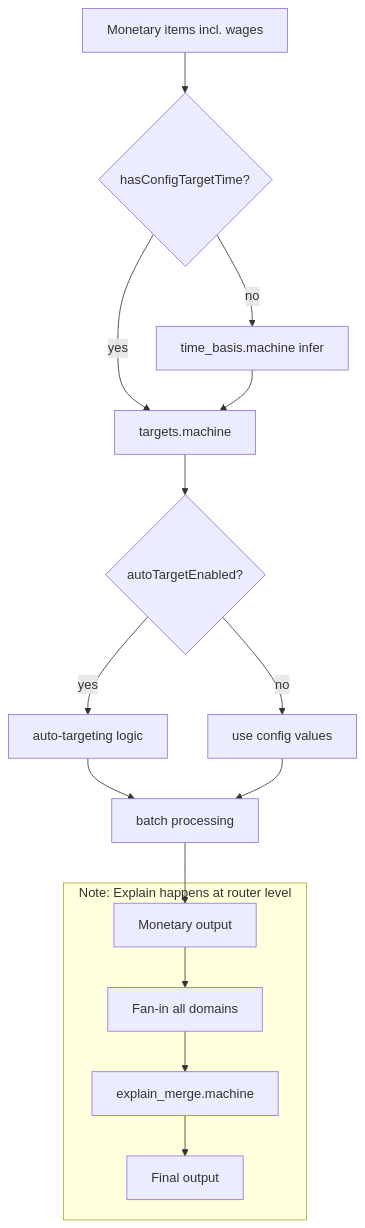
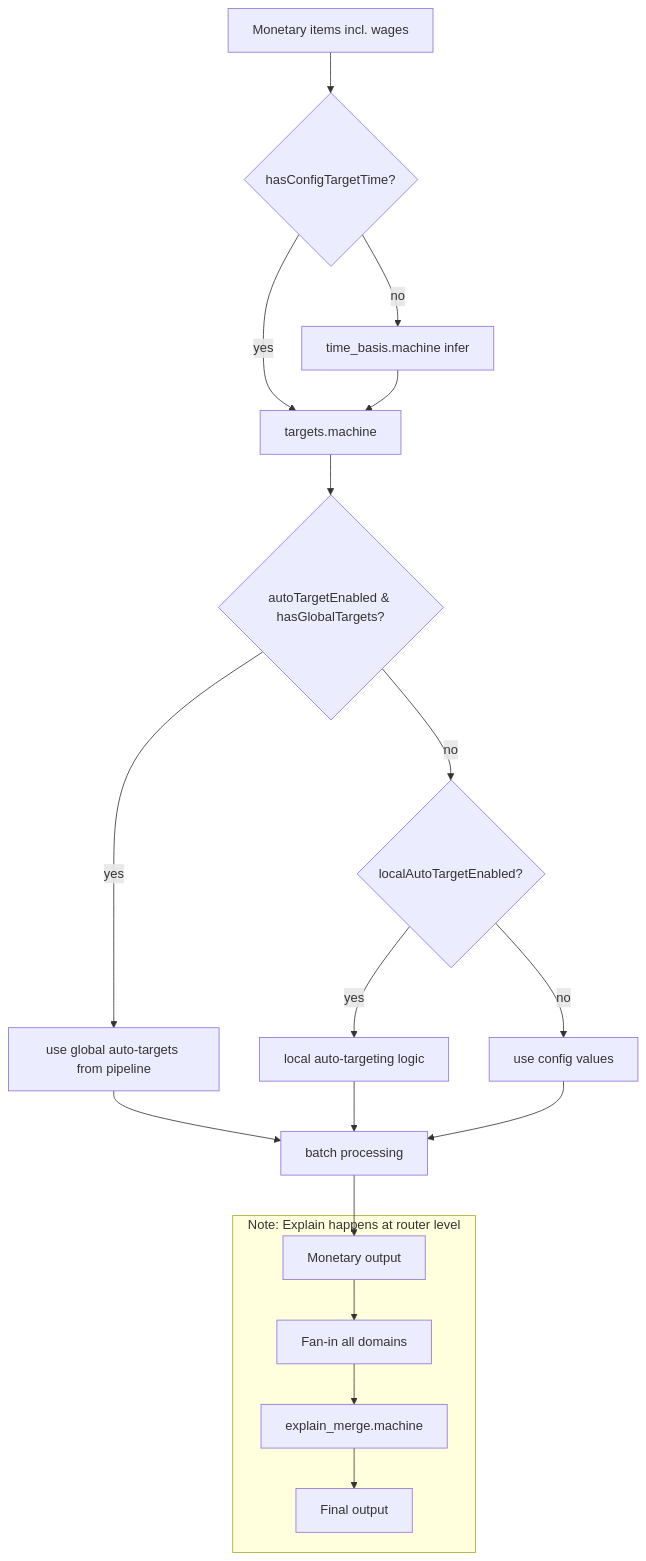
One commit to Tellimer/open-source changed the third of 4 diagrams in packages/econify/src/workflowsV2/README.md. Above: the diagram before and after it, drawn with Mermaid. The commit also changed other lines of this file and 15 other files, not shown here.

First line of the commit message:
feat: implement V2 auto-targeting system - v1.0.1 release

````diff
--- a/packages/econify/src/workflowsV2/README.md
+++ b/packages/econify/src/workflowsV2/README.md
@@ -221,19 +227,22 @@
 ```mermaid
 graph TD
 IN[Monetary items incl. wages] --> TB{hasConfigTargetTime?}
 TB -->|yes| TGT[targets.machine]
 TB -->|no| TBI[time_basis.machine infer]
 TBI --> TGT
-TGT --> TGT_DECIDE{autoTargetEnabled?}
-TGT_DECIDE -->|yes| AUTO[auto-targeting logic]
-TGT_DECIDE -->|no| CONFIG[use config values]
-AUTO --> BATCH[batch processing]
+TGT --> TGT_DECIDE{autoTargetEnabled & hasGlobalTargets?}
+TGT_DECIDE -->|yes| GLOBAL[use global auto-targets from pipeline]
+TGT_DECIDE -->|no| LOCAL{localAutoTargetEnabled?}
+LOCAL -->|yes| AUTO[local auto-targeting logic]
+LOCAL -->|no| CONFIG[use config values]
+GLOBAL --> BATCH[batch processing]
+AUTO --> BATCH
 CONFIG --> BATCH
 BATCH --> OUT[Monetary output]
 
 subgraph "Note: Explain happens at router level"
   OUT --> ROUTER_FANIN[Fan-in all domains]
   ROUTER_FANIN --> ROUTER_EXPLAIN[explain_merge.machine]
   ROUTER_EXPLAIN --> FINAL[Final output]
 end
 ```
````
